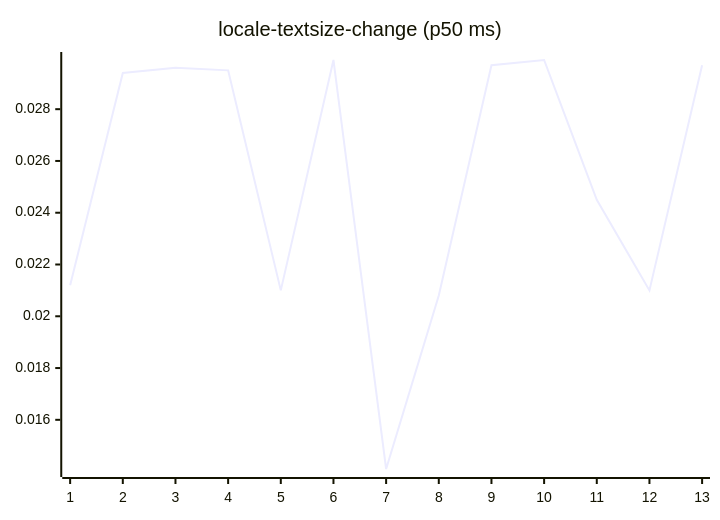
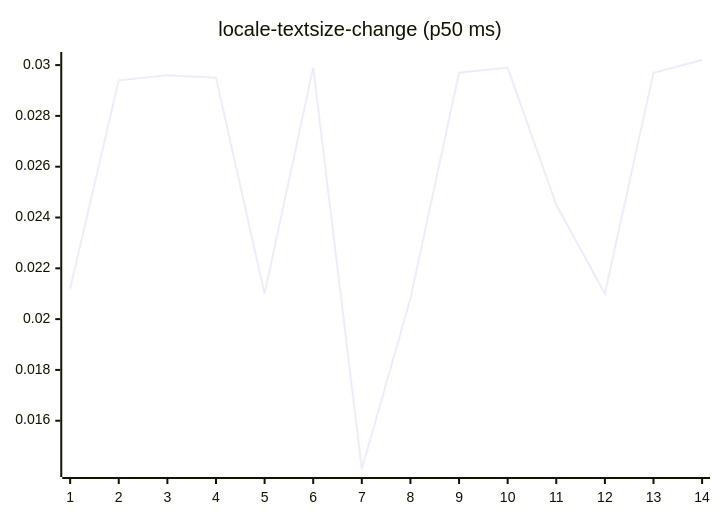
Diagram 13 of 27 in README.md (josha/Facet), drawn with Mermaid before and after one commit. The commit also changed other lines of this file and 2 other files, not shown here.

````diff
--- a/README.md
+++ b/README.md
@@ -147,6 +147,6 @@
 ```mermaid
 xychart-beta
     title "locale-textsize-change (p50 ms)"
-    x-axis 1 --> 13
-    line [0.0212, 0.0294, 0.0296, 0.0295, 0.0210, 0.0299, 0.0141, 0.0208, 0.0297, 0.0299, 0.0245, 0.0210, 0.0297]
+    x-axis 1 --> 14
+    line [0.0212, 0.0294, 0.0296, 0.0295, 0.0210, 0.0299, 0.0141, 0.0208, 0.0297, 0.0299, 0.0245, 0.0210, 0.0297, 0.0302]
 ```
````
